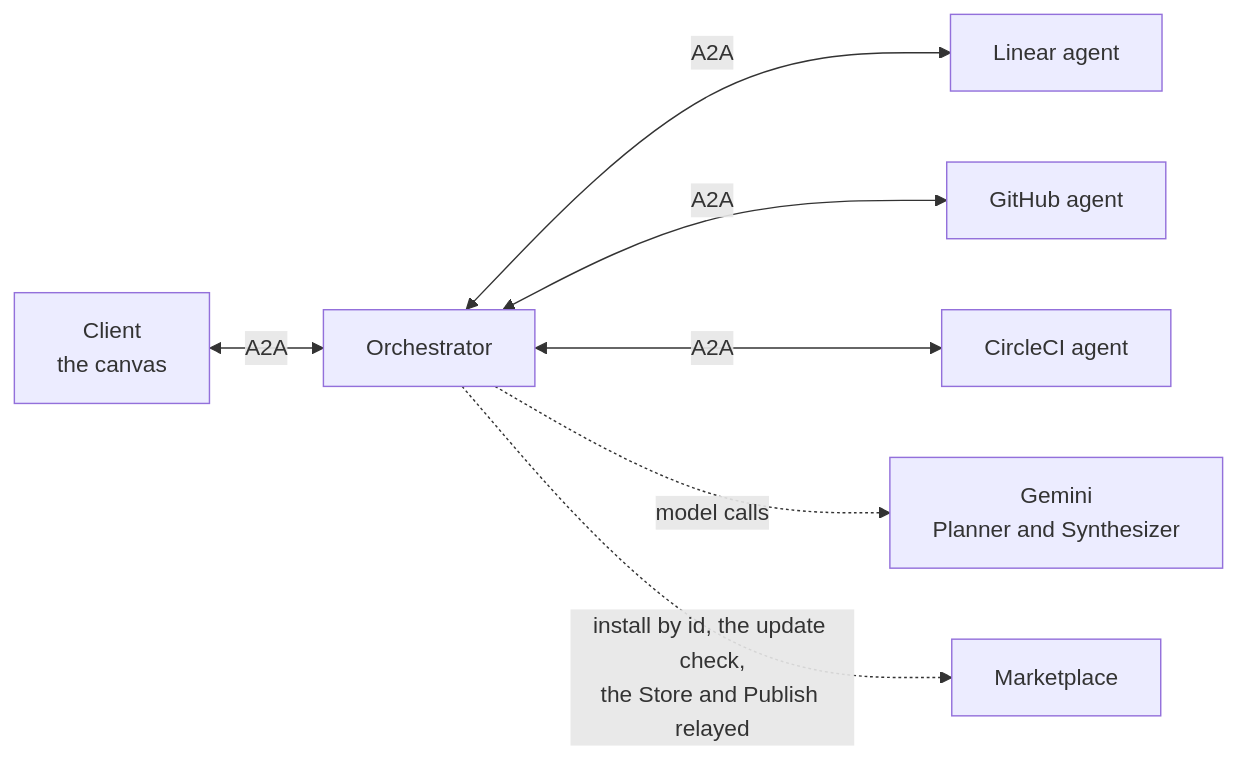
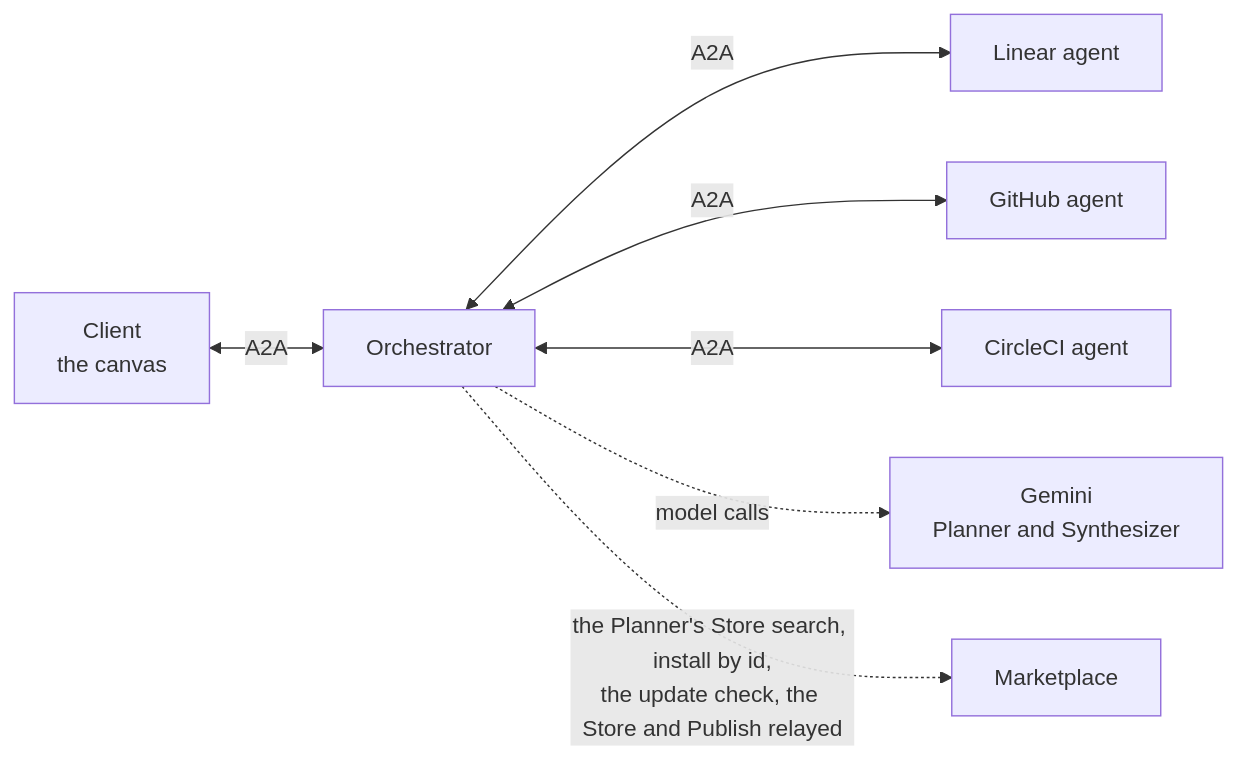
Before and after one commit to retz8/a2uiverse: the diagram in README.md, drawn with Mermaid. The commit also changed other lines of this file and 8 other files, not shown here.

````diff
--- a/README.md
+++ b/README.md
@@ -129,9 +137,9 @@
 ```mermaid
 flowchart LR
     C["Client<br/>the canvas"] <-->|A2A| O["Orchestrator"]
     O <-->|A2A| L["Linear agent"]
     O <-->|A2A| G["GitHub agent"]
     O <-->|A2A| CI["CircleCI agent"]
     O -.->|model calls| M["Gemini<br/>Planner and Synthesizer"]
-    O -.->|install by id, the update check,<br/>the Store and Publish relayed| MK["Marketplace"]
+    O -.->|the Planner's Store search, install by id,<br/>the update check, the Store and Publish relayed| MK["Marketplace"]
 ```
````
